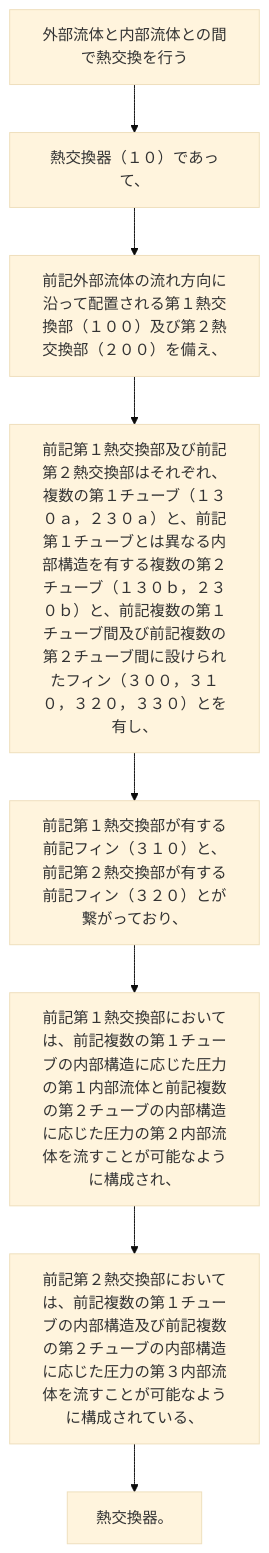
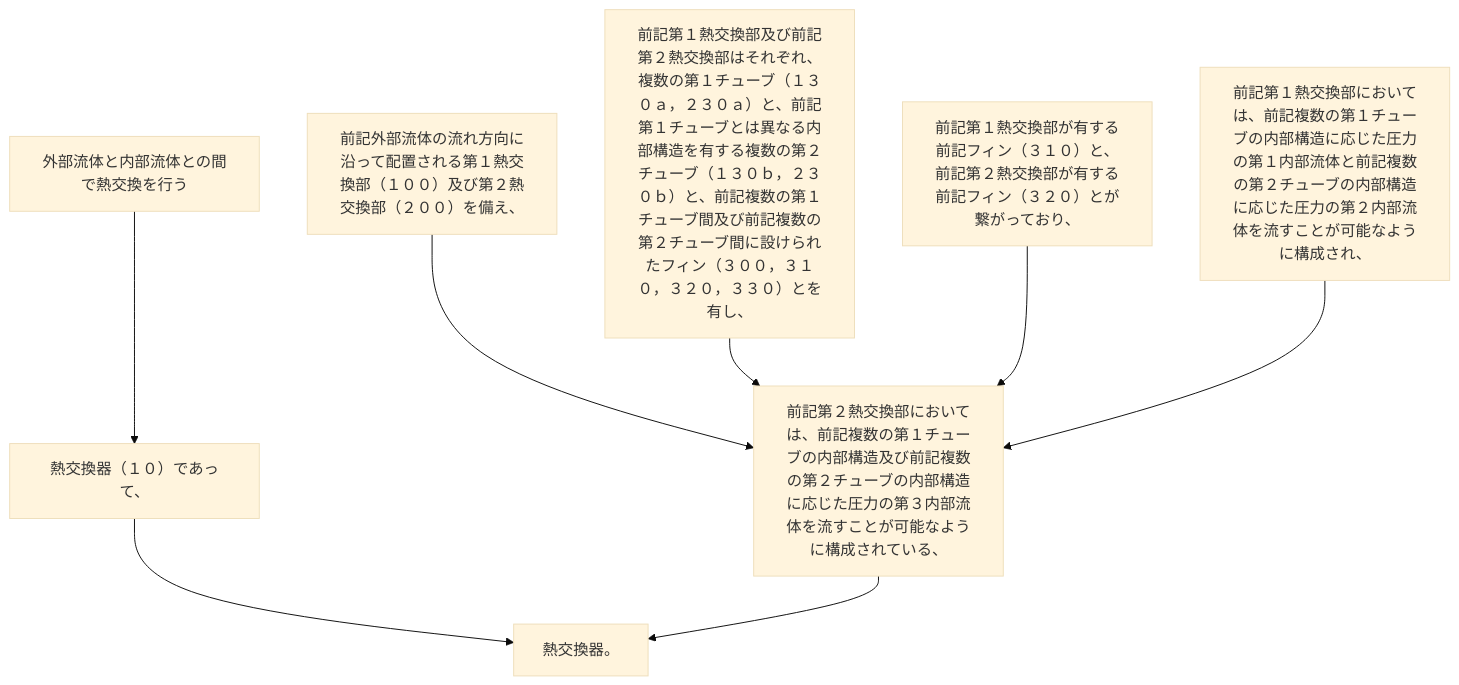
Before and after one commit to shinmori55/patent_analyzed: the diagram in 2024/JP2024007944A/claim_1/claim_1_graph.md, drawn with Mermaid (base theme). The commit also changed 11 other files, not shown here.

````diff
--- a/2024/JP2024007944A/claim_1/claim_1_graph.md
+++ b/2024/JP2024007944A/claim_1/claim_1_graph.md
@@ -1,18 +1,18 @@
 ```mermaid
 flowchart TD
 A[外部流体と内部流体との間で熱交換を行う]
 B[熱交換器（１０）であって、]
 C[前記外部流体の流れ方向に沿って配置される第１熱交換部（１００）及び第２熱交換部（２００）を備え、]
 D[前記第１熱交換部及び前記第２熱交換部はそれぞれ、複数の第１チューブ（１３０ａ，２３０ａ）と、前記第１チューブとは異なる内部構造を有する複数の第２チューブ（１３０ｂ，２３０ｂ）と、前記複数の第１チューブ間及び前記複数の第２チューブ間に設けられたフィン（３００，３１０，３２０，３３０）とを有し、]
 E[前記第１熱交換部が有する前記フィン（３１０）と、前記第２熱交換部が有する前記フィン（３２０）とが繋がっており、]
 F[前記第１熱交換部においては、前記複数の第１チューブの内部構造に応じた圧力の第１内部流体と前記複数の第２チューブの内部構造に応じた圧力の第２内部流体を流すことが可能なように構成され、]
 G[前記第２熱交換部においては、前記複数の第１チューブの内部構造及び前記複数の第２チューブの内部構造に応じた圧力の第３内部流体を流すことが可能なように構成されている、]
 H[熱交換器。]
 A --> B
-B --> C
-C --> D
-D --> E
-E --> F
+B --> H
+C --> G
+D --> G
+E --> G
 F --> G
 G --> H
 ```
````
